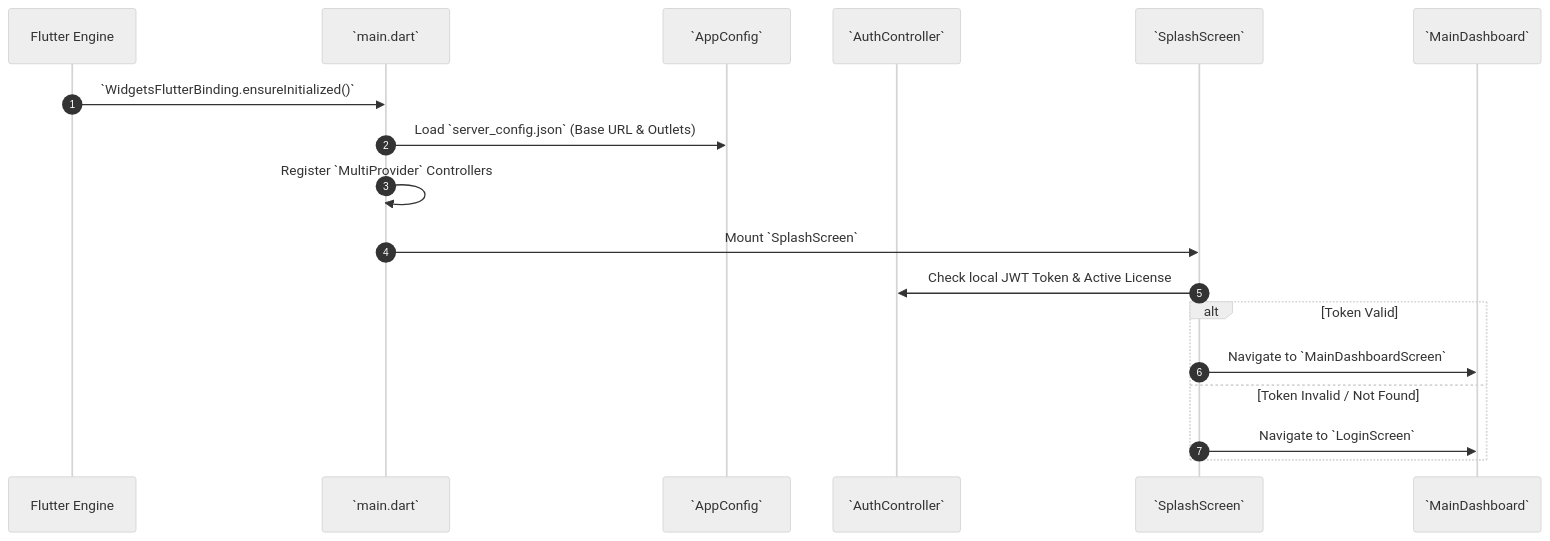
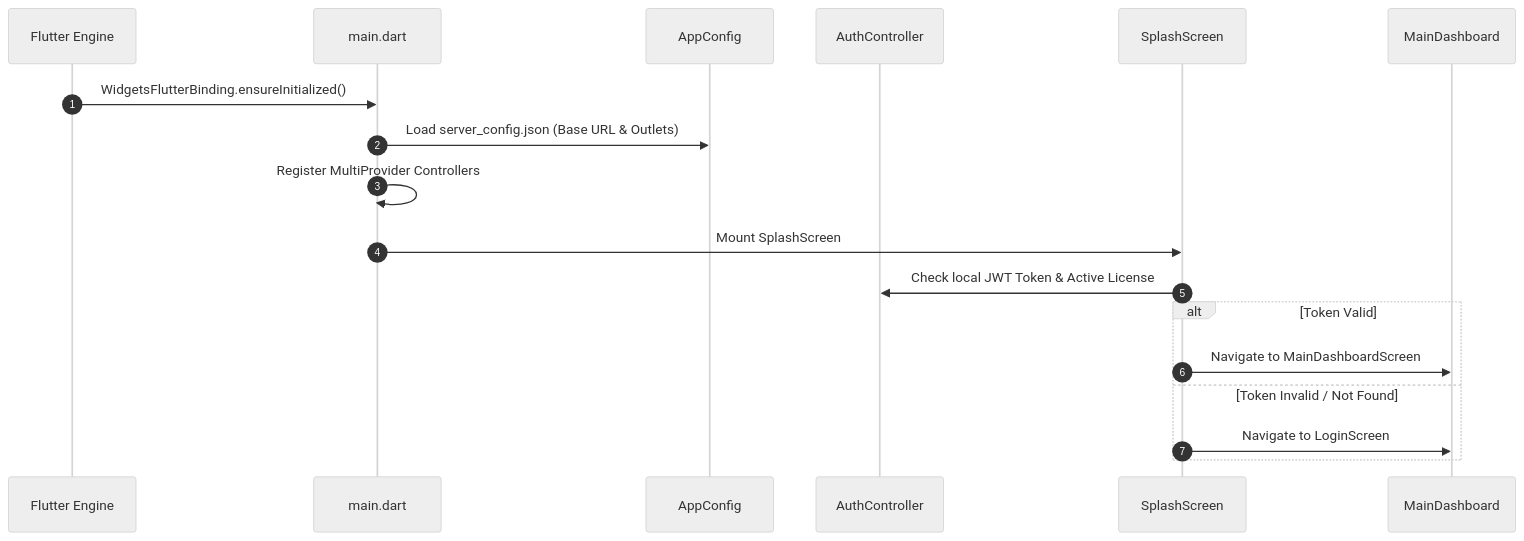
One commit to studentsdav/RetailSale changed the diagram in Docs/Frontend-Guide.md. Above: the diagram before and after it, drawn with Mermaid (neutral theme). The commit also changed other lines of this file and 18 other files, not shown here.

````diff
--- a/Docs/Frontend-Guide.md
+++ b/Docs/Frontend-Guide.md
@@ -74,21 +74,21 @@
 ```mermaid
 sequenceDiagram
     autonumber
     participant Engine as Flutter Engine
-    participant Main as `main.dart`
-    participant Config as `AppConfig`
-    participant Auth as `AuthController`
-    participant Splash as `SplashScreen`
-    participant Dash as `MainDashboard`
+    participant Main as main.dart
+    participant Config as AppConfig
+    participant Auth as AuthController
+    participant Splash as SplashScreen
+    participant Dash as MainDashboard
     
-    Engine->>Main: `WidgetsFlutterBinding.ensureInitialized()`
-    Main->>Config: Load `server_config.json` (Base URL & Outlets)
-    Main->>Main: Register `MultiProvider` Controllers
-    Main->>Splash: Mount `SplashScreen`
+    Engine->>Main: WidgetsFlutterBinding.ensureInitialized()
+    Main->>Config: Load server_config.json (Base URL & Outlets)
+    Main->>Main: Register MultiProvider Controllers
+    Main->>Splash: Mount SplashScreen
     Splash->>Auth: Check local JWT Token & Active License
     alt Token Valid
-        Splash->>Dash: Navigate to `MainDashboardScreen`
+        Splash->>Dash: Navigate to MainDashboardScreen
     else Token Invalid / Not Found
-        Splash->>Dash: Navigate to `LoginScreen`
+        Splash->>Dash: Navigate to LoginScreen
     end
 ```
````
